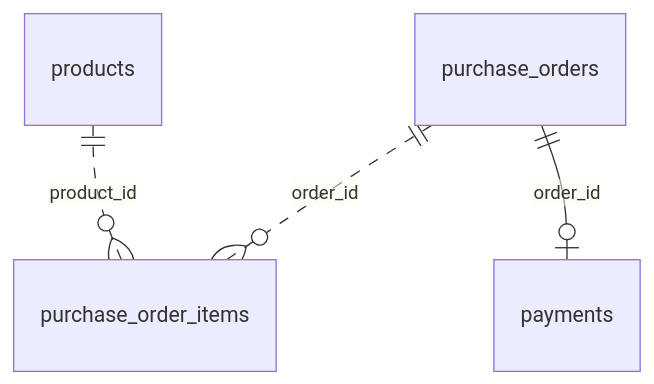
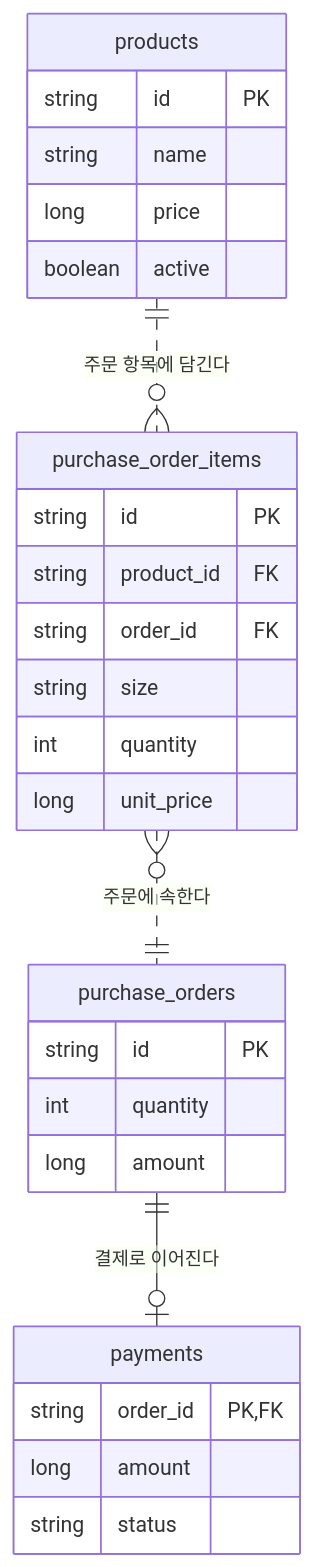
Before and after one commit to lee-gimoon/payment-service: the diagram in docs/shop-domain.md, drawn with Mermaid. The commit also changed other lines of this file, not shown here.

Commit message:
docs: simplify shop ER diagram with table fields

````diff
--- a/docs/shop-domain.md
+++ b/docs/shop-domain.md
@@ -5,6 +5,32 @@
 ```mermaid
 erDiagram
-    products ||..o{ purchase_order_items : "product_id"
-    purchase_orders ||..o{ purchase_order_items : "order_id"
-    purchase_orders ||--o| payments : "order_id"
+    direction TB
+    products ||..o{ purchase_order_items : "주문 항목에 담긴다"
+    purchase_order_items }o..|| purchase_orders : "주문에 속한다"
+    purchase_orders ||--o| payments : "결제로 이어진다"
+
+    products {
+        string id PK
+        string name
+        long price
+        boolean active
+    }
+    purchase_order_items {
+        string id PK
+        string product_id FK
+        string order_id FK
+        string size
+        int quantity
+        long unit_price
+    }
+    purchase_orders {
+        string id PK
+        int quantity
+        long amount
+    }
+    payments {
+        string order_id PK,FK
+        long amount
+        string status
+    }
 ```
````
